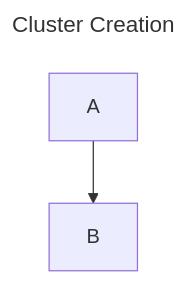
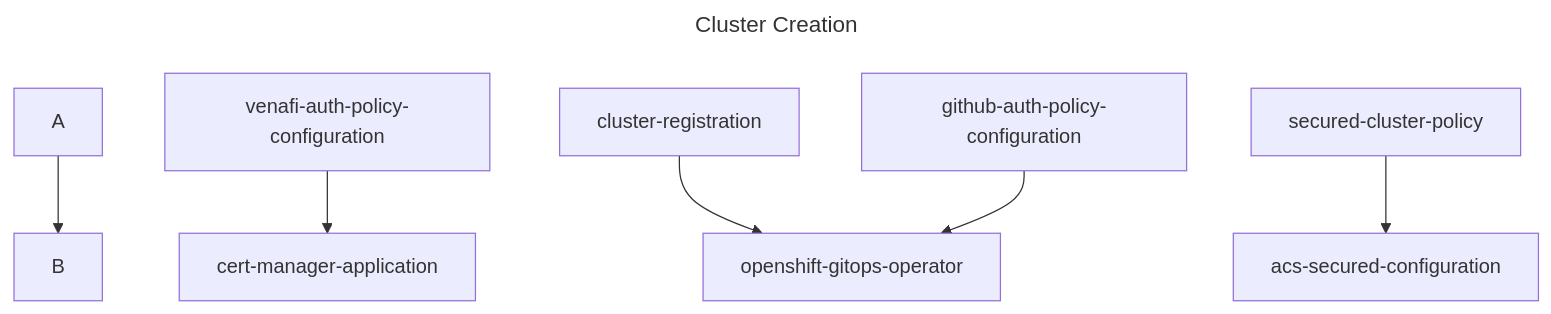
Before and after one commit to mmwillingham/acm: the diagram in test-mermaid/test-mermaid.build.md, drawn with Mermaid.

````diff
--- a/test-mermaid/test-mermaid.build.md
+++ b/test-mermaid/test-mermaid.build.md
@@ -2,8 +2,11 @@
 ```mermaid
 ---
 title: Cluster Creation
 ---
 flowchart TD
 A --> B
-
+venafi-auth-policy-configuration --> cert-manager-application
+cluster-registration --> openshift-gitops-operator
+github-auth-policy-configuration --> openshift-gitops-operator
+secured-cluster-policy --> acs-secured-configuration
 ```
````
